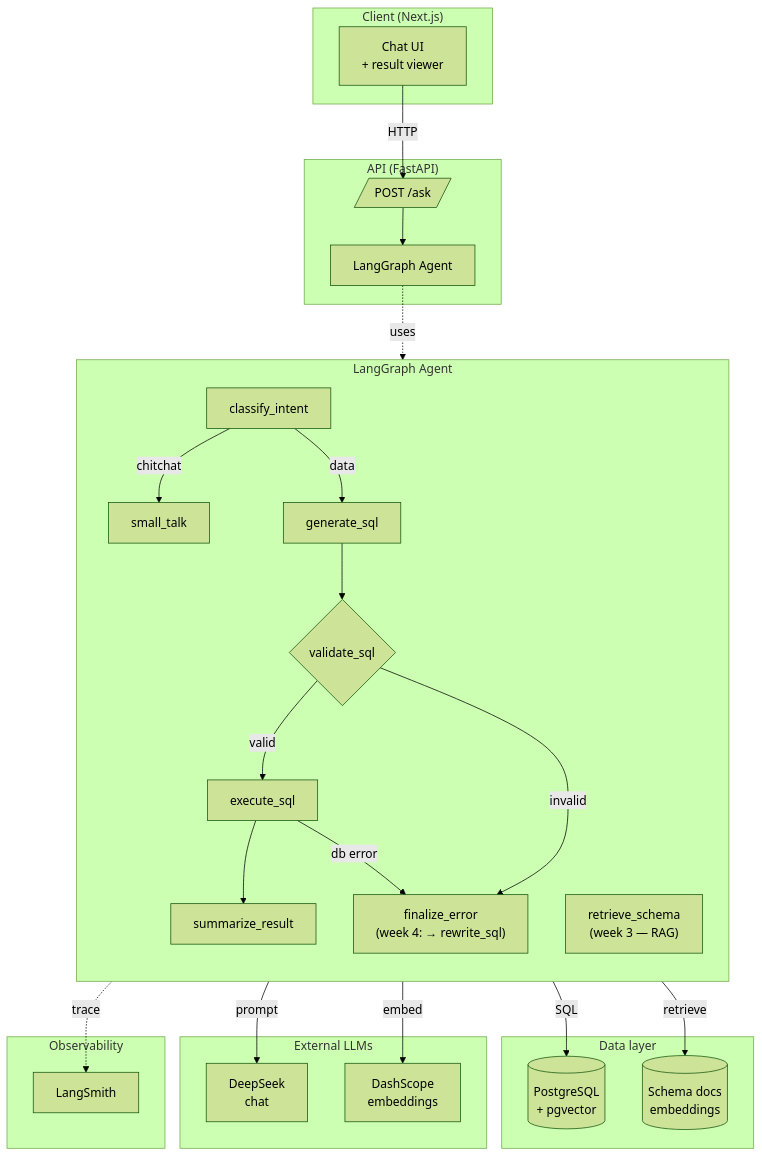
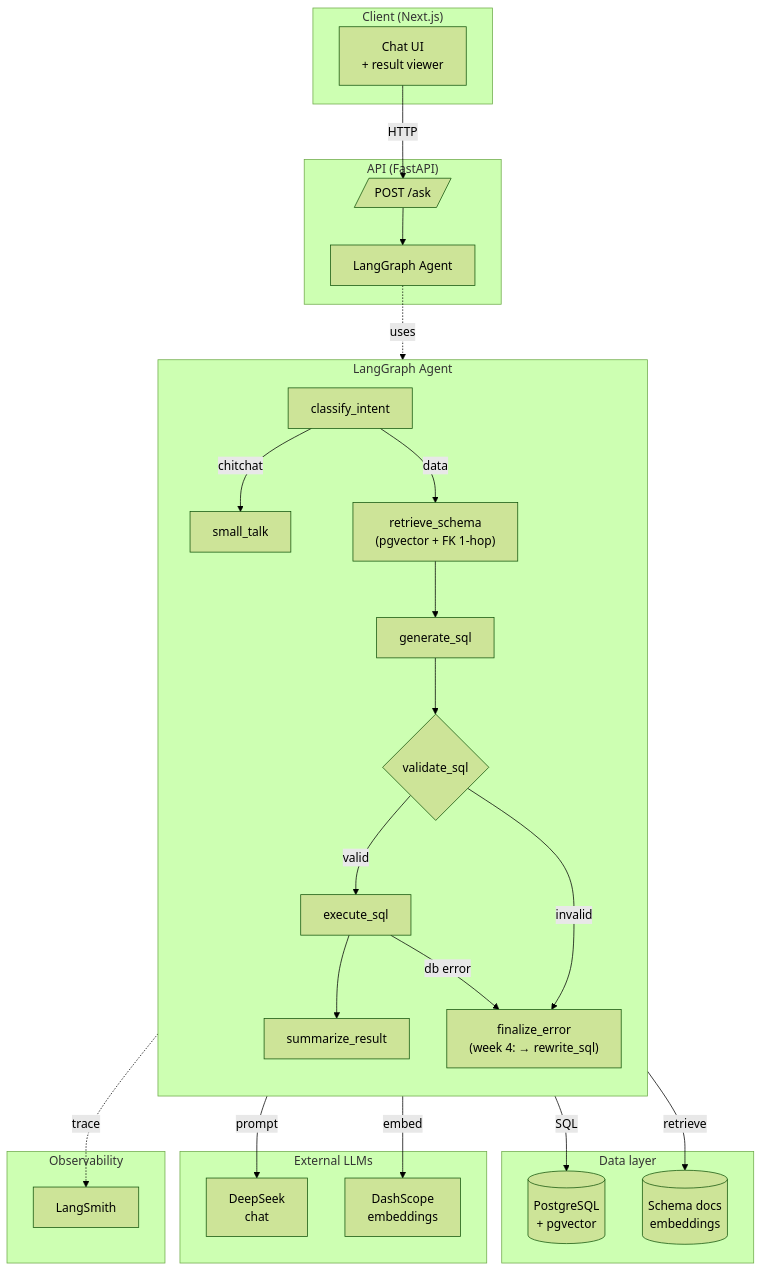
The diagram in docs/architecture.md (rachel-zhang-dev/data-copilot), drawn with Mermaid (forest theme) before and after one commit. The commit also changed other lines of this file and 19 other files, not shown here.

First line of the commit message:
feat(retriever): week 3 — schema-aware RAG over pgvector

````diff
--- a/docs/architecture.md
+++ b/docs/architecture.md
@@ -7,53 +7,54 @@
 ```mermaid
 flowchart TB
     subgraph Client["Client (Next.js)"]
         UI[Chat UI<br/>+ result viewer]
     end
 
     subgraph API["API (FastAPI)"]
         Endpoint[/POST /ask/]
         Graph["LangGraph Agent"]
     end
 
     subgraph Agent["LangGraph Agent"]
         direction TB
         N1["classify_intent"]
         N1b["small_talk"]
-        N2["retrieve_schema<br/>(week 3 — RAG)"]
+        N2["retrieve_schema<br/>(pgvector + FK 1-hop)"]
         N3["generate_sql"]
         N4{"validate_sql"}
         N5["execute_sql"]
         N6["summarize_result"]
         N7["finalize_error<br/>(week 4: → rewrite_sql)"]
 
         N1 -- chitchat --> N1b
-        N1 -- data --> N3
+        N1 -- data --> N2
+        N2 --> N3
         N3 --> N4
         N4 -- valid --> N5 --> N6
         N4 -- invalid --> N7
         N5 -- db error --> N7
     end
 
     subgraph Data["Data layer"]
         PG[(PostgreSQL<br/>+ pgvector)]
         Schema[(Schema docs<br/>embeddings)]
     end
 
     subgraph LLM["External LLMs"]
         DS[DeepSeek<br/>chat]
         DSE[DashScope<br/>embeddings]
     end
 
     subgraph Obs["Observability"]
         LS[LangSmith]
     end
 
     UI -->|HTTP| Endpoint
     Endpoint --> Graph
     Graph -. uses .-> Agent
     Agent -->|SQL| PG
     Agent -->|retrieve| Schema
     Agent -->|prompt| DS
     Agent -->|embed| DSE
     Agent -. trace .-> LS
 ```
````
